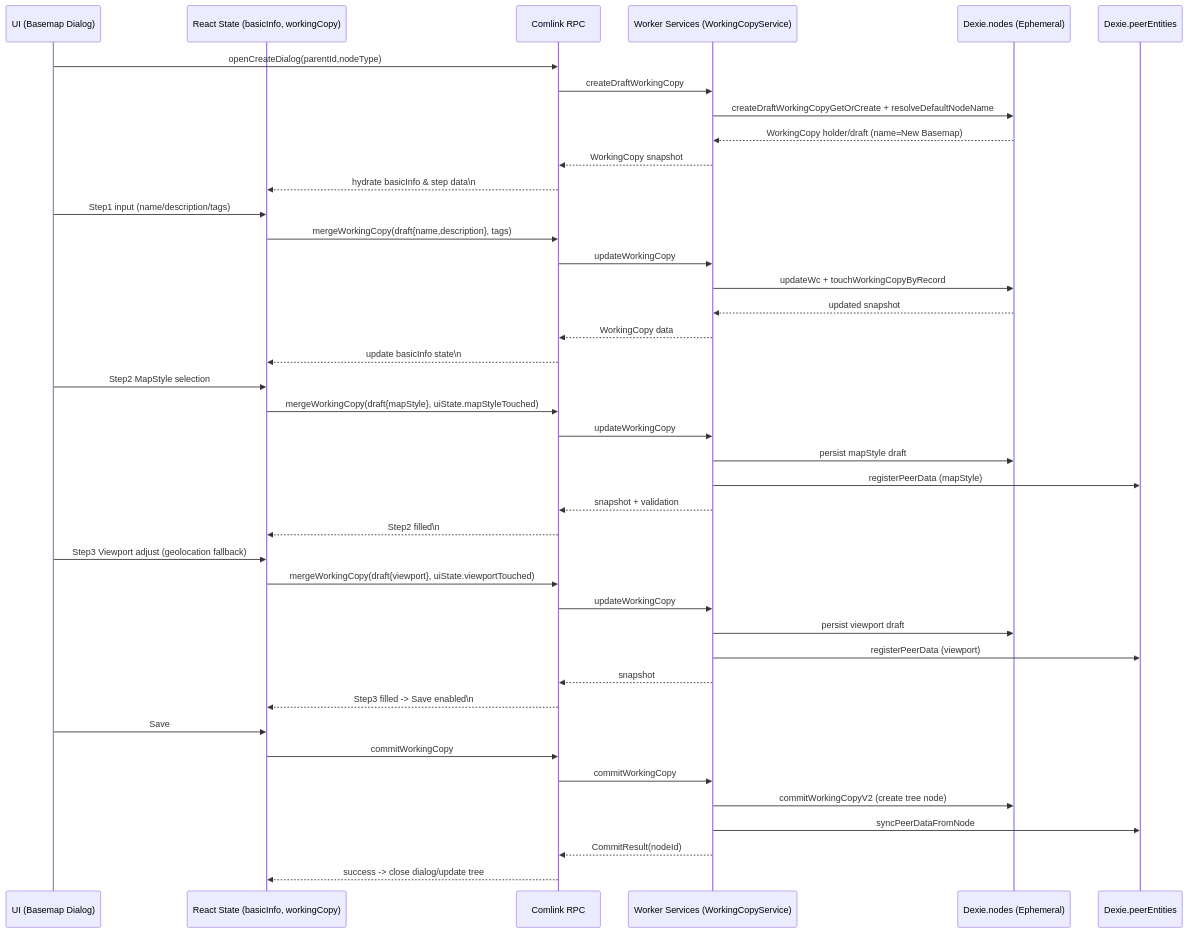
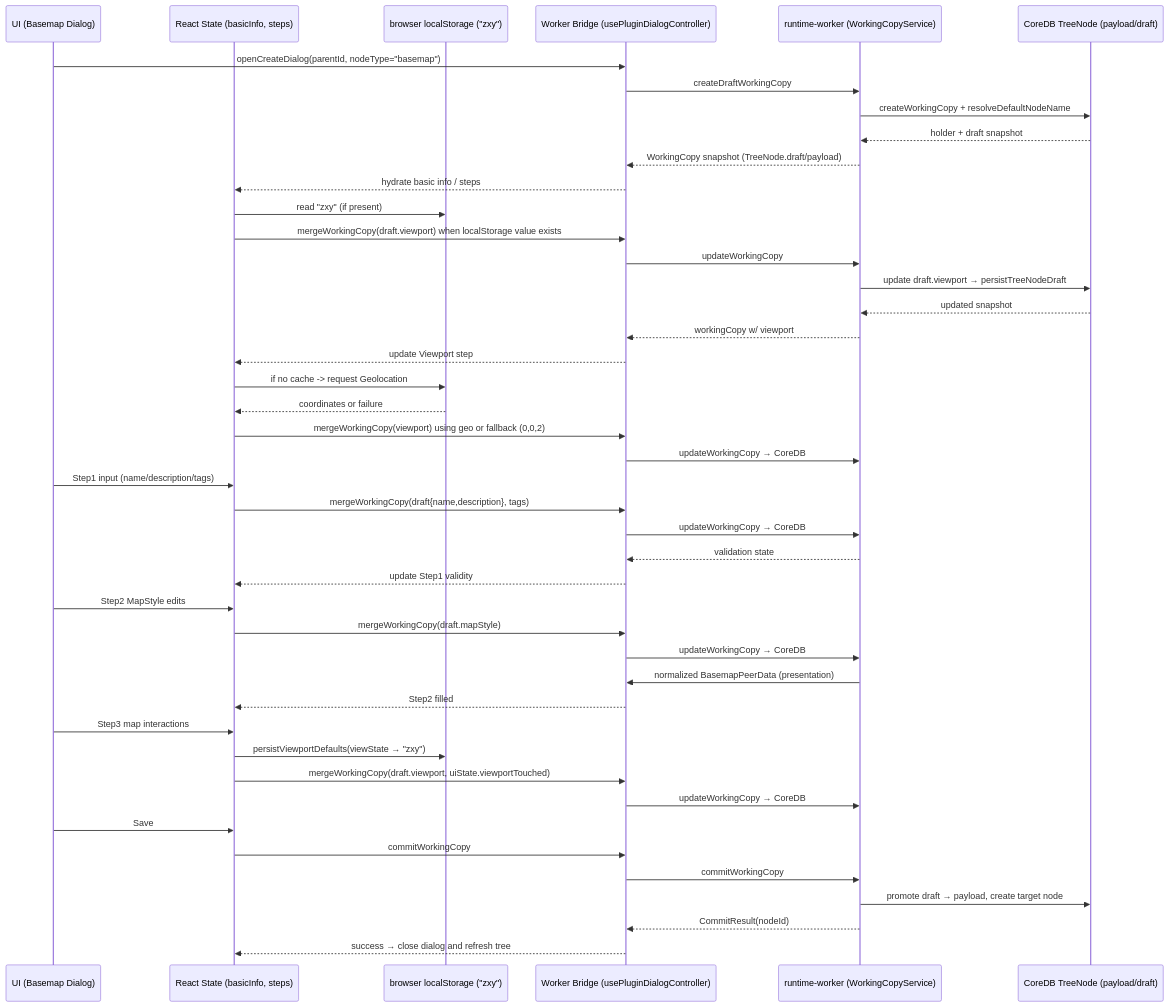
Before and after one commit to kubohiroya/hierarchidb: the first of 2 diagrams in docs/basemap-dialog-flow.md, drawn with Mermaid. The commit also changed other lines of this file and 95 other files, not shown here.

````diff
--- a/docs/basemap-dialog-flow.md
+++ b/docs/basemap-dialog-flow.md
@@ -5,48 +7,53 @@
 ```mermaid
 sequenceDiagram
     participant User as UI (Basemap Dialog)
-    participant React as React State (basicInfo, workingCopy)
-    participant Comlink as Comlink RPC
-    participant Worker as Worker Services (WorkingCopyService)
-    participant Nodes as Dexie.nodes (Ephemeral)
-    participant Peers as Dexie.peerEntities
+    participant React as React State (basicInfo, steps)
+    participant Local as browser localStorage ("zxy")
+    participant Comlink as Worker Bridge (usePluginDialogController)
+    participant Worker as runtime-worker (WorkingCopyService)
+    participant CoreDB as CoreDB TreeNode (payload/draft)
 
-    User->>Comlink: openCreateDialog(parentId,nodeType)
+    User->>Comlink: openCreateDialog(parentId, nodeType="basemap")
     Comlink->>Worker: createDraftWorkingCopy
-    Worker->>Nodes: createDraftWorkingCopyGetOrCreate + resolveDefaultNodeName
-    Nodes-->>Worker: WorkingCopy holder/draft (name=New Basemap)
-    Worker-->>Comlink: WorkingCopy snapshot
-    Comlink-->>React: hydrate basicInfo & step data\n
+    Worker->>CoreDB: createWorkingCopy + resolveDefaultNodeName
+    CoreDB-->>Worker: holder + draft snapshot
+    Worker-->>Comlink: WorkingCopy snapshot (TreeNode.draft/payload)
+    Comlink-->>React: hydrate basic info / steps
+
+    React->>Local: read "zxy" (if present)
+    React->>Comlink: mergeWorkingCopy(draft.viewport) when localStorage value exists
+    Comlink->>Worker: updateWorkingCopy
+    Worker->>CoreDB: update draft.viewport → persistTreeNodeDraft
+    CoreDB-->>Worker: updated snapshot
+    Worker-->>Comlink: workingCopy w/ viewport
+    Comlink-->>React: update Viewport step
+
+    React->>Local: if no cache -> request Geolocation
+    Local-->>React: coordinates or failure
+    React->>Comlink: mergeWorkingCopy(viewport) using geo or fallback (0,0,2)
+    Comlink->>Worker: updateWorkingCopy → CoreDB
 
     User->>React: Step1 input (name/description/tags)
     React->>Comlink: mergeWorkingCopy(draft{name,description}, tags)
-    Comlink->>Worker: updateWorkingCopy
-    Worker->>Nodes: updateWc + touchWorkingCopyByRecord
-    Nodes-->>Worker: updated snapshot
-    Worker-->>Comlink: WorkingCopy data
-    Comlink-->>React: update basicInfo state\n
+    Comlink->>Worker: updateWorkingCopy → CoreDB
+    Worker-->>Comlink: validation state
+    Comlink-->>React: update Step1 validity
 
-    User->>React: Step2 MapStyle selection
-    React->>Comlink: mergeWorkingCopy(draft{mapStyle}, uiState.mapStyleTouched)
-    Comlink->>Worker: updateWorkingCopy
-    Worker->>Nodes: persist mapStyle draft
-    Worker->>Peers: registerPeerData (mapStyle)
-    Worker-->>Comlink: snapshot + validation
-    Comlink-->>React: Step2 filled\n
+    User->>React: Step2 MapStyle edits
+    React->>Comlink: mergeWorkingCopy(draft.mapStyle)
+    Comlink->>Worker: updateWorkingCopy → CoreDB
+    Worker->>Comlink: normalized BasemapPeerData (presentation)
+    Comlink-->>React: Step2 filled
 
-    User->>React: Step3 Viewport adjust (geolocation fallback)
-    React->>Comlink: mergeWorkingCopy(draft{viewport}, uiState.viewportTouched)
-    Comlink->>Worker: updateWorkingCopy
-    Worker->>Nodes: persist viewport draft
-    Worker->>Peers: registerPeerData (viewport)
-    Worker-->>Comlink: snapshot
-    Comlink-->>React: Step3 filled -> Save enabled\n
+    User->>React: Step3 map interactions
+    React->>Local: persistViewportDefaults(viewState → "zxy")
+    React->>Comlink: mergeWorkingCopy(draft.viewport, uiState.viewportTouched)
+    Comlink->>Worker: updateWorkingCopy → CoreDB
 
     User->>React: Save
     React->>Comlink: commitWorkingCopy
     Comlink->>Worker: commitWorkingCopy
-    Worker->>Nodes: commitWorkingCopyV2 (create tree node)
-    Worker->>Peers: syncPeerDataFromNode
+    Worker->>CoreDB: promote draft → payload, create target node
     Worker-->>Comlink: CommitResult(nodeId)
-    Comlink-->>React: success -> close dialog/update tree
+    Comlink-->>React: success → close dialog and refresh tree
 ```
````
